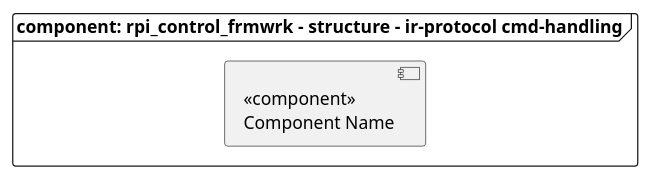
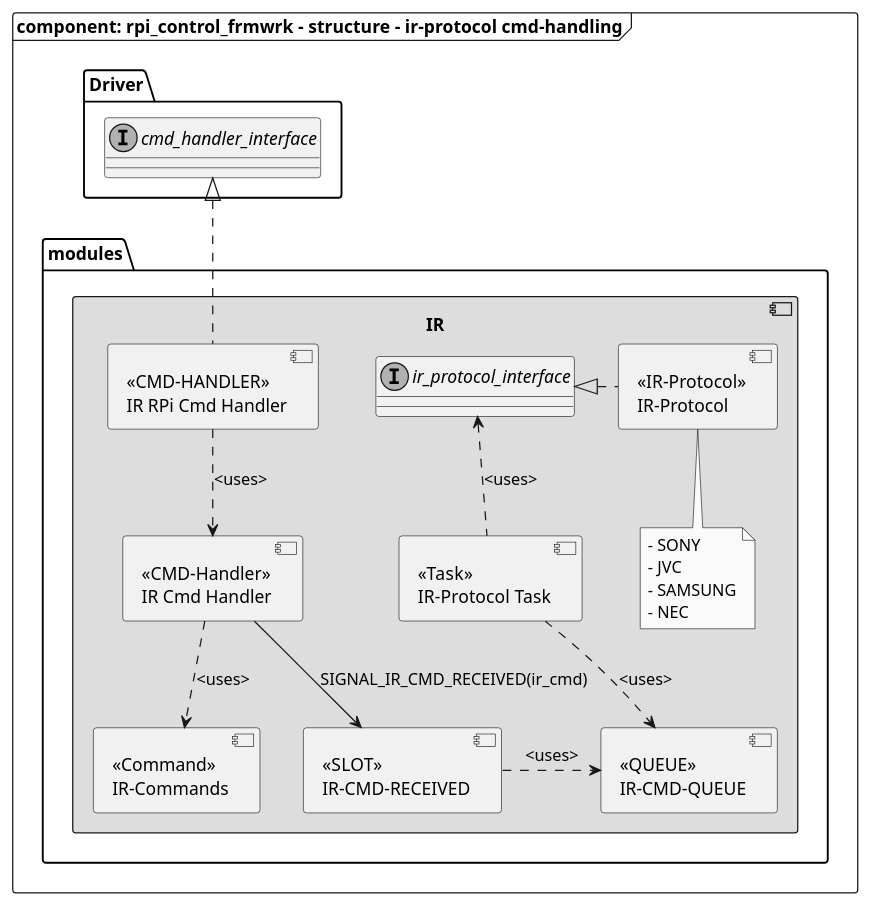
Before and after one commit to smuuze/rpi_control_frmwrk: the diagram in src/modules/ir/uml/rpi_control_frmwrk_diagrm_component_ir_protocol_cmd_handler.puml, drawn with PlantUML. The commit also changed 7 other files, not shown here.

Commit message:
MOD: IR Module - uml diagrams of readme

```diff
--- a/src/modules/ir/uml/rpi_control_frmwrk_diagrm_component_ir_protocol_cmd_handler.puml
+++ b/src/modules/ir/uml/rpi_control_frmwrk_diagrm_component_ir_protocol_cmd_handler.puml
@@ -1,25 +1,89 @@
 @startuml rpi_control_frmwrk_diagrm_component_ir_protocol_cmd_handler
 
 '***************************************************************************
 
 skinparam monochrome true
-skinparam linetype ortho
+'skinparam linetype ortho
 
 '***************************************************************************
 
 frame "component: rpi_control_frmwrk - structure - ir-protocol cmd-handling" {
 
 '***************************************************************************
 
-    component NAME [
-        <<component>>
-        Component Name
-    ]
+    package "modules" {
+        component IR #DDDDDD {
+
+            component rpi_cmd_handler [
+                <<CMD-HANDLER>>
+                IR RPi Cmd Handler
+            ]
+
+            component ir_cmd_handler [
+                <<CMD-Handler>>
+                IR Cmd Handler
+            ]
+
+            component ir_protocol_task [
+                <<Task>>
+                IR-Protocol Task
+            ]
+
+            component ir_commands [
+                <<Command>>
+                IR-Commands
+            ]
+
+            component slot_ir_cmd [
+                <<SLOT>>
+                IR-CMD-RECEIVED
+            ]
+
+            component ir_cmd_queue [
+                <<QUEUE>>
+                IR-CMD-QUEUE
+            ]
+
+            interface ir_protocol_interface {
+
+            }
+
+            component ir_protocol [
+                <<IR-Protocol>>
+                IR-Protocol
+            ]
+            note bottom
+            - SONY
+            - JVC
+            - SAMSUNG
+            - NEC
+            end note
+
+            rpi_cmd_handler .down.> ir_cmd_handler : <uses>
+            ir_cmd_handler --> slot_ir_cmd : SIGNAL_IR_CMD_RECEIVED(ir_cmd)
+            ir_cmd_handler ..> ir_commands : <uses>
+
+            slot_ir_cmd .right.> ir_cmd_queue : <uses>
+            ir_protocol_task .down.> ir_cmd_queue : <uses>
+
+            ir_protocol_task .up.> ir_protocol_interface : <uses>
+            ir_protocol .left.|> ir_protocol_interface
+
+        }
+    }
+
+    package "Driver" {
+        interface cmd_handler_interface {
+
+        }
+    }
+
+    rpi_cmd_handler .up.|> cmd_handler_interface
 
 '***************************************************************************
 
 }
 
 '***************************************************************************
 
 @enduml
```
